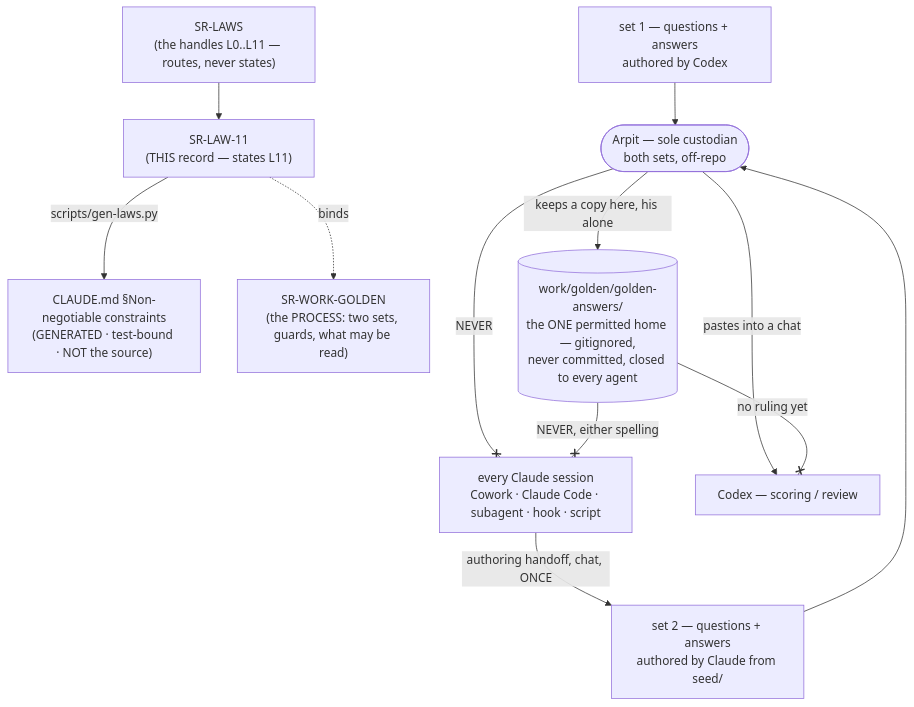
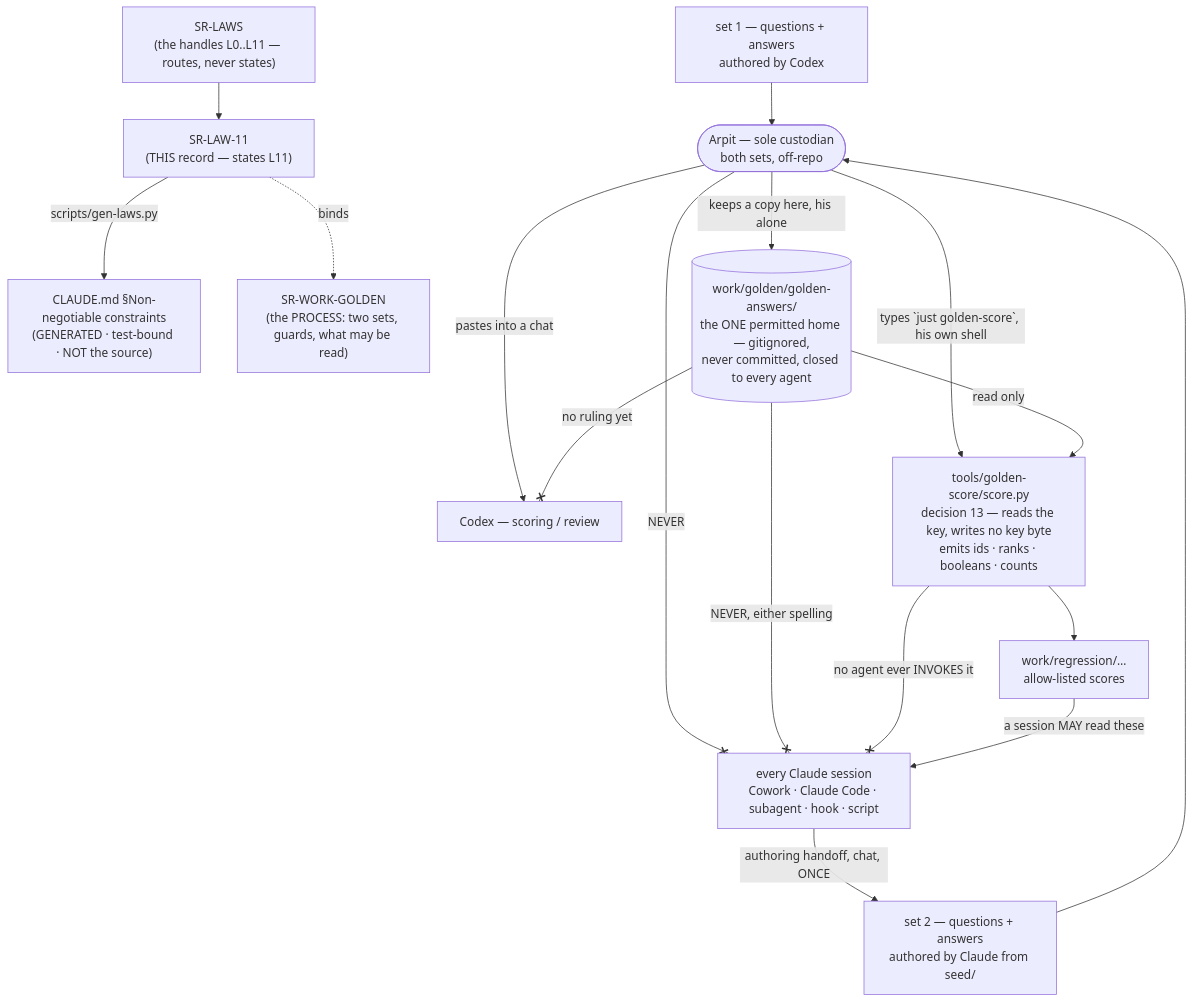
One commit to arpitarya/fux changed the diagram in records/0012_LAW-11-sealed-answer-key.md. Above: the diagram before and after it, drawn with Mermaid. The commit also changed other lines of this file and 8 other files, not shown here.

````diff
--- a/records/0012_LAW-11-sealed-answer-key.md
+++ b/records/0012_LAW-11-sealed-answer-key.md
@@ -85,24 +96,31 @@
 ```mermaid
 flowchart TD
     N["SR-LAWS<br/>(the handles L0..L11 — routes, never states)"]
     L["SR-LAW-11<br/>(THIS record — states L11)"]
     C["CLAUDE.md §Non-negotiable constraints<br/>(GENERATED · test-bound · NOT the source)"]
     P["SR-WORK-GOLDEN<br/>(the PROCESS: two sets, guards, what may be read)"]
     A(["Arpit — sole custodian<br/>both sets, off-repo"])
     SA["set 2 — questions + answers<br/>authored by Claude from seed/"]
     SB["set 1 — questions + answers<br/>authored by Codex"]
     X["every Claude session<br/>Cowork · Claude Code · subagent · hook · script"]
     CX["Codex — scoring / review"]
     K[("work/golden/golden-answers/<br/>the ONE permitted home — gitignored,<br/>never committed, closed to every agent")]
     N --> L
     L -- "scripts/gen-laws.py" --> C
     L -. "binds" .-> P
     X -- "authoring handoff, chat, ONCE" --> SA
     SA --> A
     SB --> A
     A -- "pastes into a chat" --> CX
     A -- "NEVER" --x X
     A -- "keeps a copy here, his alone" --> K
     K -- "NEVER, either spelling" --x X
     K -- "no ruling yet" --x CX
+    S["tools/golden-score/score.py<br/>decision 13 — reads the key, writes no key byte<br/>emits ids · ranks · booleans · counts"]
+    R["work/regression/…<br/>allow-listed scores"]
+    A -- "types `just golden-score`, his own shell" --> S
+    K -- "read only" --> S
+    S -- "no agent ever INVOKES it" --x X
+    S --> R
+    R -- "a session MAY read these" --> X
 ```
````
